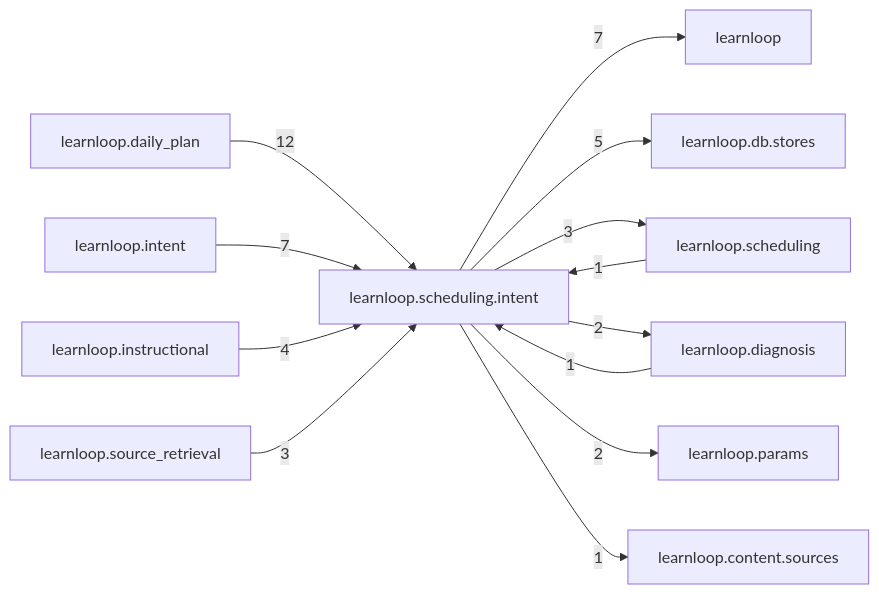
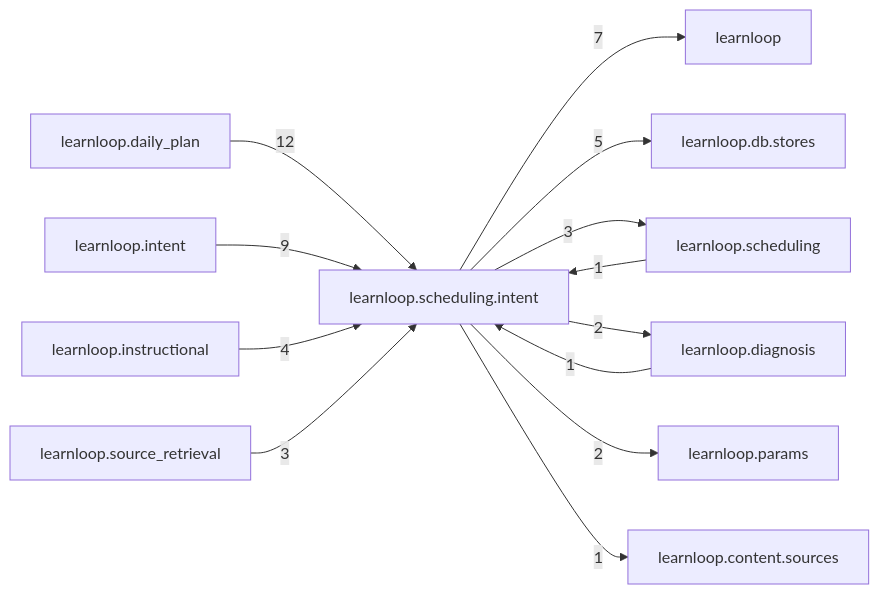
One commit to 6up-b/learnanything changed the diagram in docs/learnloop-architecture-vault/Reference/Modules/learnloop/scheduling/intent/_package.md. Above: the diagram before and after it, drawn with Mermaid. The commit also changed other lines of this file and 122 other files, not shown here.

````diff
--- a/docs/learnloop-architecture-vault/Reference/Modules/learnloop/scheduling/intent/_package.md
+++ b/docs/learnloop-architecture-vault/Reference/Modules/learnloop/scheduling/intent/_package.md
@@ -85,26 +85,26 @@
 ```mermaid
 flowchart LR
     center["learnloop.scheduling.intent"]
     n_learnloop_daily_plan["learnloop.daily_plan"]
+    n_learnloop_intent["learnloop.intent"]
     n_learnloop["learnloop"]
-    n_learnloop_intent["learnloop.intent"]
     n_learnloop_db_stores["learnloop.db.stores"]
     n_learnloop_instructional["learnloop.instructional"]
     n_learnloop_scheduling["learnloop.scheduling"]
     n_learnloop_diagnosis["learnloop.diagnosis"]
     n_learnloop_source_retrieval["learnloop.source_retrieval"]
     n_learnloop_params["learnloop.params"]
     n_learnloop_content_sources["learnloop.content.sources"]
     n_learnloop_daily_plan -->|12| center
+    n_learnloop_intent -->|9| center
     center -->|7| n_learnloop
-    n_learnloop_intent -->|7| center
     center -->|5| n_learnloop_db_stores
     n_learnloop_instructional -->|4| center
     n_learnloop_scheduling -->|1| center
     center -->|3| n_learnloop_scheduling
     n_learnloop_diagnosis -->|1| center
     center -->|2| n_learnloop_diagnosis
     n_learnloop_source_retrieval -->|3| center
     center -->|2| n_learnloop_params
     center -->|1| n_learnloop_content_sources
 ```
````
